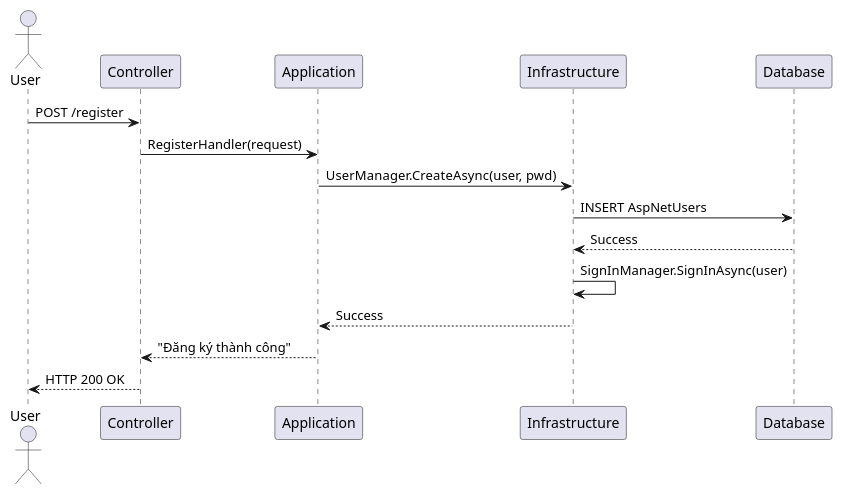
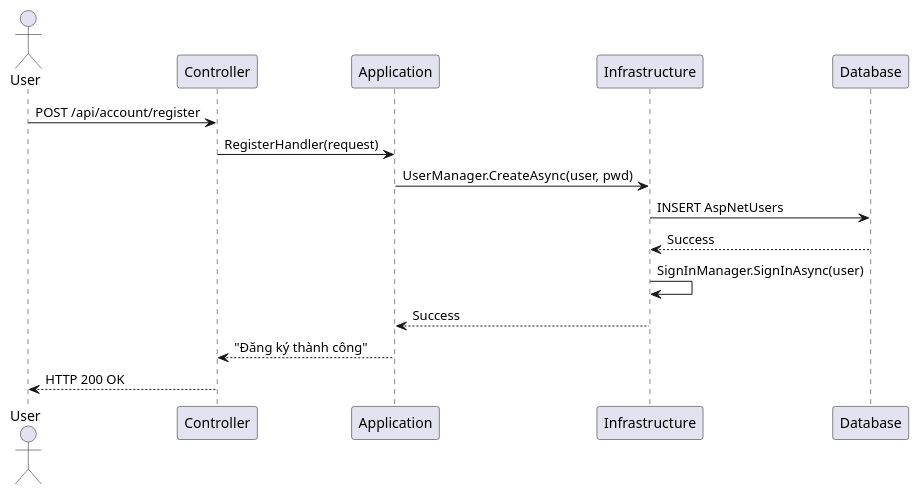
Before and after one commit to SokKimThanh/LmsMini: the first of 3 diagrams in LmsMini.Api/docs/identity/Identity_Step_by_Step.md, drawn with PlantUML. The commit also changed other lines of this file, not shown here.

````diff
--- a/LmsMini.Api/docs/identity/Identity_Step_by_Step.md
+++ b/LmsMini.Api/docs/identity/Identity_Step_by_Step.md
@@ -286,14 +271,14 @@
 ```plantuml
 @startuml
 actor User
-User -> Controller : POST /register
+User -> Controller : POST /api/account/register
 Controller -> Application : RegisterHandler(request)
 Application -> Infrastructure : UserManager.CreateAsync(user, pwd)
 Infrastructure -> Database : INSERT AspNetUsers
 Database --> Infrastructure : Success
 Infrastructure -> Infrastructure : SignInManager.SignInAsync(user)
 Infrastructure --> Application : Success
 Application --> Controller : "Đăng ký thành công"
 Controller --> User : HTTP 200 OK
 @enduml
 ```
````
